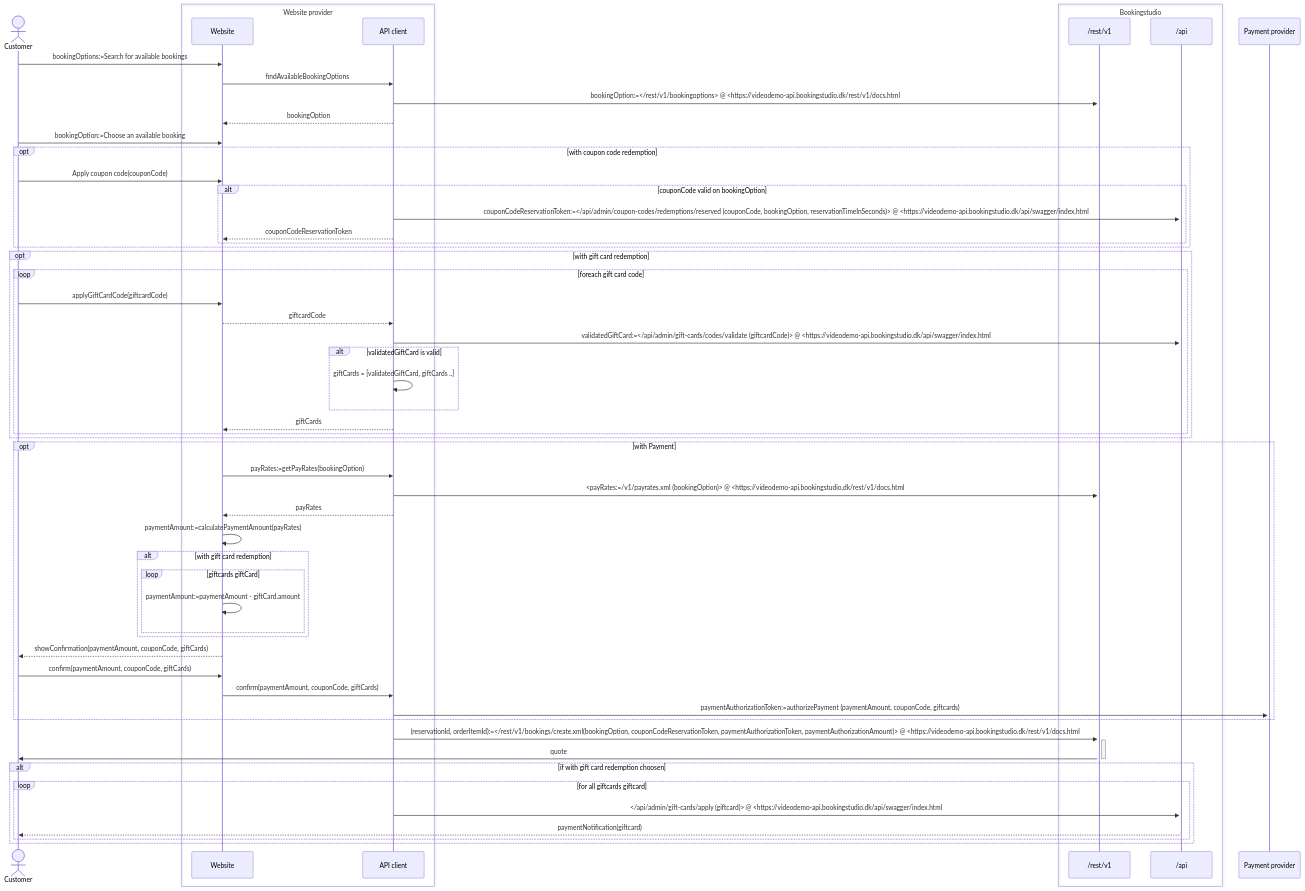
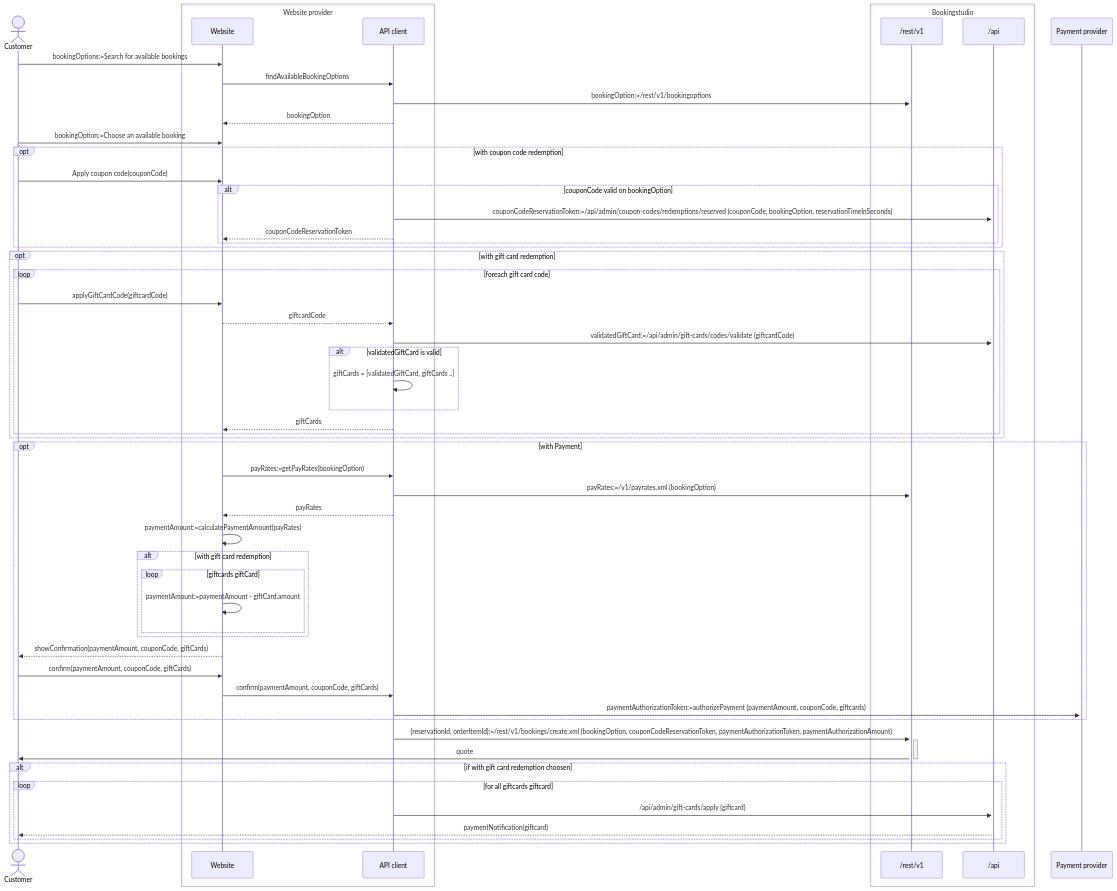
The diagram in developer-guides/coupon-codes/readme.md (BookingStudio/BookingStudio-Public-API-Docs), drawn with Mermaid before and after one commit. The commit also changed other lines of this file, not shown here.

Commit message:
Moved links to footnotes

````diff
--- a/developer-guides/coupon-codes/readme.md
+++ b/developer-guides/coupon-codes/readme.md
@@ -6,59 +6,59 @@
 ``` mermaid
 sequenceDiagram
     actor c as Customer
     box Website provider
     participant w as Website
     participant cl as API client
     end
     box Bookingstudio
     participant v1 as /rest/v1
     participant ma as /api
     end
     participant pp as Payment provider
     c->>w: bookingOptions:=Search for available bookings
     w->>cl: findAvailableBookingOptions
-    cl->>+v1: bookingOption:=</rest/v1/bookingoptions> @ <https://videodemo-api.bookingstudio.dk/rest/v1/docs.html#resource-bookingoptions>
+    cl->>+v1: bookingOption:=/rest/v1/bookingoptions
     cl-->>w: bookingOption
     c->>w: bookingOption:=Choose an available booking
     opt with coupon code redemption
     c->>w: Apply coupon code(couponCode)
     alt couponCode valid on bookingOption
-    cl->>+ma: couponCodeReservationToken:=</api/admin/coupon-codes/redemptions/reserved (couponCode, bookingOption, reservationTimeInSeconds)> @ <https://videodemo-api.bookingstudio.dk/api/swagger/index.html#/Coupon%20Codes/ReserveCouponCodeForRedemption>
+    cl->>+ma: couponCodeReservationToken:=/api/admin/coupon-codes/redemptions/reserved (couponCode, bookingOption, reservationTimeInSeconds)
     cl-->>w: couponCodeReservationToken
     end
     end
     opt with gift card redemption
     loop foreach gift card code
     c->>w: applyGiftCardCode(giftcardCode)
     w-->>cl: giftcardCode
-    cl->>ma: validatedGiftCard:=</api/admin/gift-cards/codes/validate (giftcardCode)> @ <https://videodemo-api.bookingstudio.dk/api/swagger/index.html#/Gift%20cards/ValidateGiftCardCodes>
+    cl->>ma: validatedGiftCard:=/api/admin/gift-cards/codes/validate (giftcardCode)
     alt validatedGiftCard is valid
     cl->>cl: giftCards = [validatedGiftCard, giftCards ..]
     end
     cl-->>w: giftCards
     end
     end
     opt with Payment
     w->>cl: payRates:=getPayRates(bookingOption)
-    cl->>+v1: <payRates:=/v1/payrates.xml (bookingOption)> @ <https://videodemo-api.bookingstudio.dk/rest/v1/docs.html#resource-bookingoptions>
+    cl->>+v1: payRates:=/v1/payrates.xml (bookingOption)
     cl-->>w: payRates
     w->>w: paymentAmount:=calculatePaymentAmount(payRates)
     alt with gift card redemption
     loop giftcards giftCard
     w->>w: paymentAmount:=paymentAmount - giftCard.amount
     end
     end
     w-->>c: showConfirmation(paymentAmount, couponCode, giftCards)
     c->>w: confirm(paymentAmount, couponCode, giftCards)
     w->>cl: confirm(paymentAmount, couponCode, giftCards)
     cl->>+pp: paymentAuthorizationToken:=authorizePayment (paymentAmount, couponCode, giftcards)
     end 
-    cl->>+v1: (reservationId, orderItemId):=</rest/v1/bookings/create.xml(bookingOption, couponCodeReservationToken, paymentAuthorizationToken, paymentAuthorizationAmount)> @ <https://videodemo-api.bookingstudio.dk/rest/v1/docs.html#resource-bookings>
+    cl->>+v1: (reservationId, orderItemId):=/rest/v1/bookings/create.xml (bookingOption, couponCodeReservationToken, paymentAuthorizationToken, paymentAuthorizationAmount)
     v1->>-c: quote 
     alt if with gift card redemption choosen
     loop for all giftcards giftcard
-    cl->>+ma: </api/admin/gift-cards/apply (giftcard)> @ <https://videodemo-api.bookingstudio.dk/api/swagger/index.html#/Gift%20cards/ApplyGiftCardCodes>
+    cl->>+ma: /api/admin/gift-cards/apply (giftcard)
     ma-->>c: paymentNotification(giftcard)
     end
     end
 ```
````
